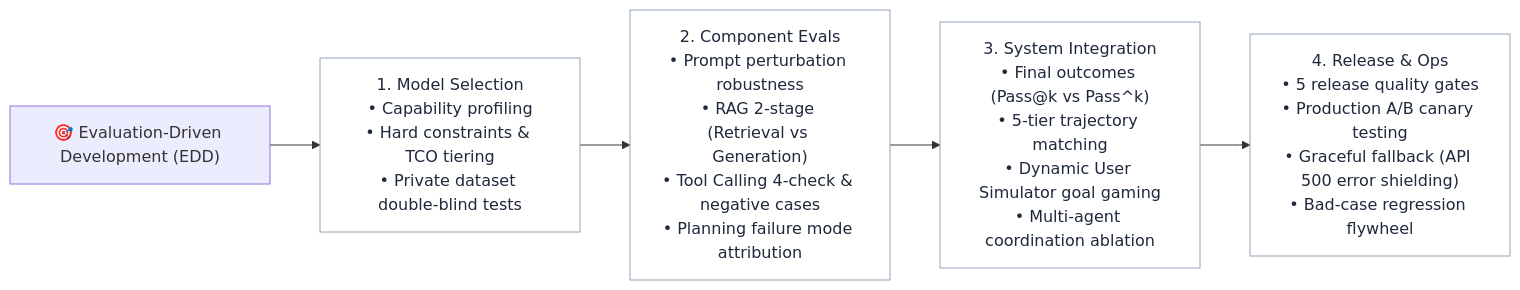
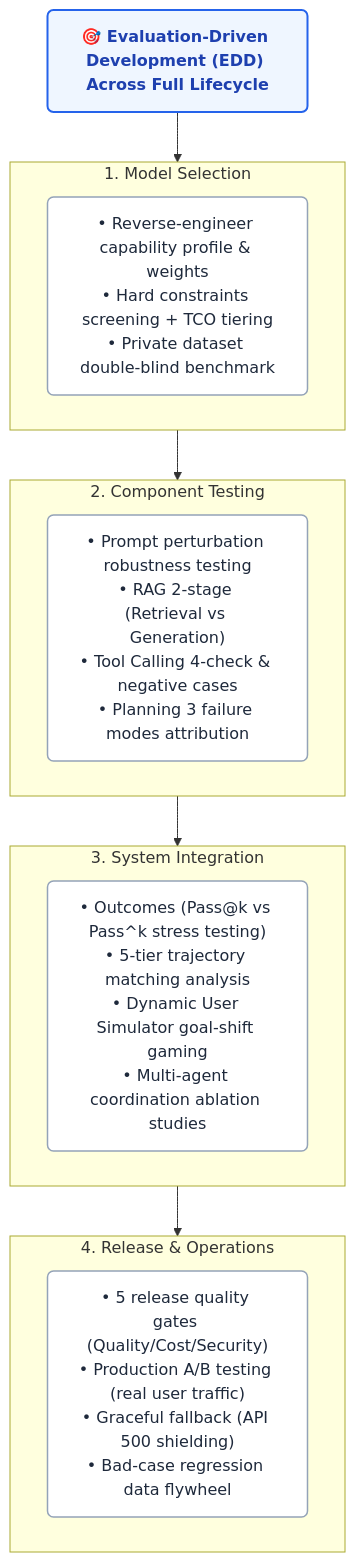
The second of 2 diagrams in README_EN.md (Anlon-27/awesome-agent-eval), drawn with Mermaid before and after one commit. The commit also changed other lines of this file and 1 other file, not shown here.

Commit message:
style: Fix table column wrapping and replace wide horizontal diagram with clean vertical pipeline

````diff
--- a/README_EN.md
+++ b/README_EN.md
@@ -87,11 +87,25 @@
 ```mermaid
-flowchart LR
-    classDef cardStyle fill:#ffffff,stroke:#94a3b8,stroke-width:1px,color:#1e293b;
+flowchart TD
+    classDef mainNode fill:#eff6ff,stroke:#2563eb,stroke-width:2px,color:#1e40af,font-weight:bold,rx:6px,ry:6px;
+    classDef cardStyle fill:#ffffff,stroke:#94a3b8,stroke-width:1.5px,color:#1e293b,rx:6px,ry:6px;
 
-    A["🎯 Evaluation-Driven Development (EDD)"] --> B["1. Model Selection<br/>• Capability profiling<br/>• Hard constraints & TCO tiering<br/>• Private dataset double-blind tests"]
-    B --> C["2. Component Evals<br/>• Prompt perturbation robustness<br/>• RAG 2-stage (Retrieval vs Generation)<br/>• Tool Calling 4-check & negative cases<br/>• Planning failure mode attribution"]
-    C --> D["3. System Integration<br/>• Final outcomes (Pass@k vs Pass^k)<br/>• 5-tier trajectory matching<br/>• Dynamic User Simulator goal gaming<br/>• Multi-agent coordination ablation"]
-    D --> E["4. Release & Ops<br/>• 5 release quality gates<br/>• Production A/B canary testing<br/>• Graceful fallback (API 500 error shielding)<br/>• Bad-case regression flywheel"]
+    TOP["🎯 Evaluation-Driven Development (EDD) Across Full Lifecycle"]:::mainNode
 
-    class B,C,D,E cardStyle;
+    subgraph PHASE1["1. Model Selection"]
+        B["• Reverse-engineer capability profile & weights<br/>• Hard constraints screening + TCO tiering<br/>• Private dataset double-blind benchmark"]:::cardStyle
+    end
+
+    subgraph PHASE2["2. Component Testing"]
+        C["• Prompt perturbation robustness testing<br/>• RAG 2-stage (Retrieval vs Generation)<br/>• Tool Calling 4-check & negative cases<br/>• Planning 3 failure modes attribution"]:::cardStyle
+    end
+
+    subgraph PHASE3["3. System Integration"]
+        D["• Outcomes (Pass@k vs Pass^k stress testing)<br/>• 5-tier trajectory matching analysis<br/>• Dynamic User Simulator goal-shift gaming<br/>• Multi-agent coordination ablation studies"]:::cardStyle
+    end
+
+    subgraph PHASE4["4. Release & Operations"]
+        E["• 5 release quality gates (Quality/Cost/Security)<br/>• Production A/B testing (real user traffic)<br/>• Graceful fallback (API 500 shielding)<br/>• Bad-case regression data flywheel"]:::cardStyle
+    end
+
+    TOP --> PHASE1 --> PHASE2 --> PHASE3 --> PHASE4
 ```
````
